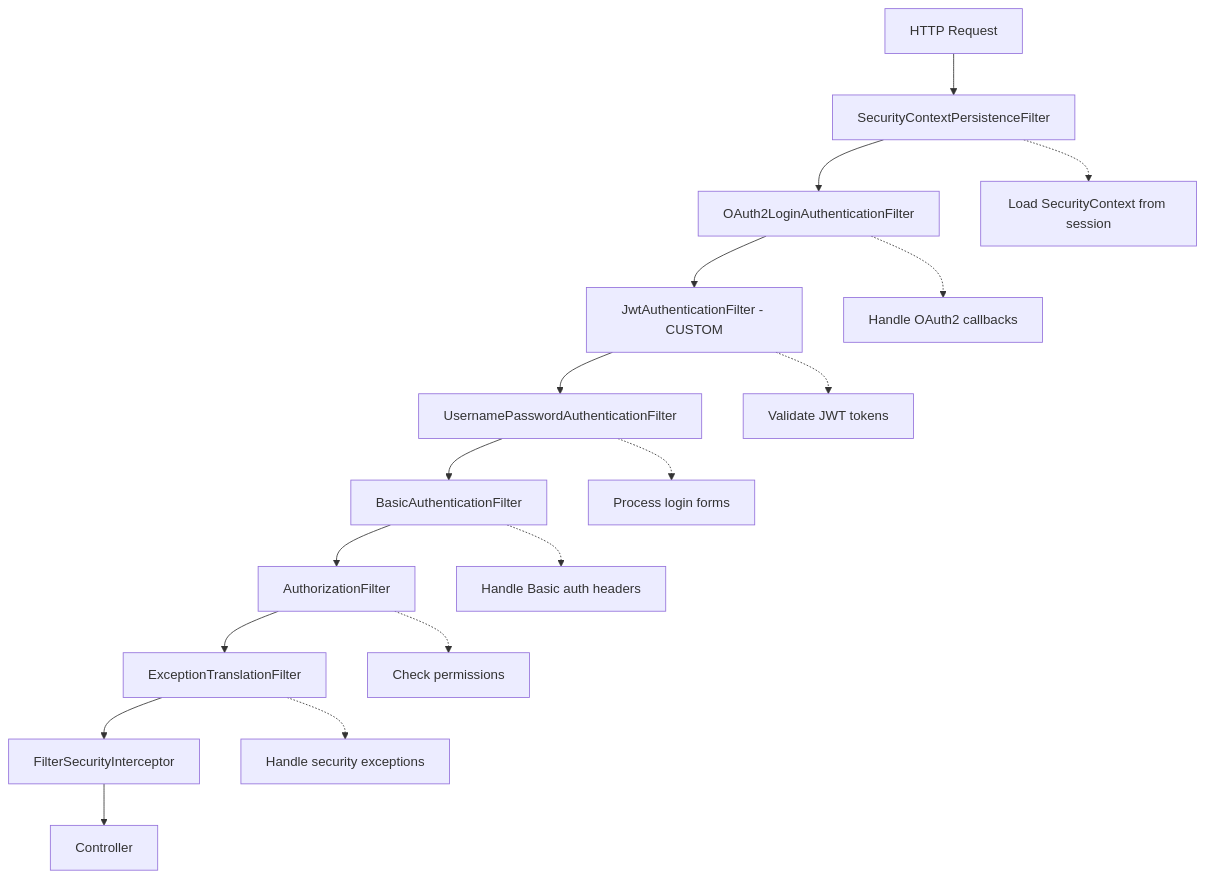
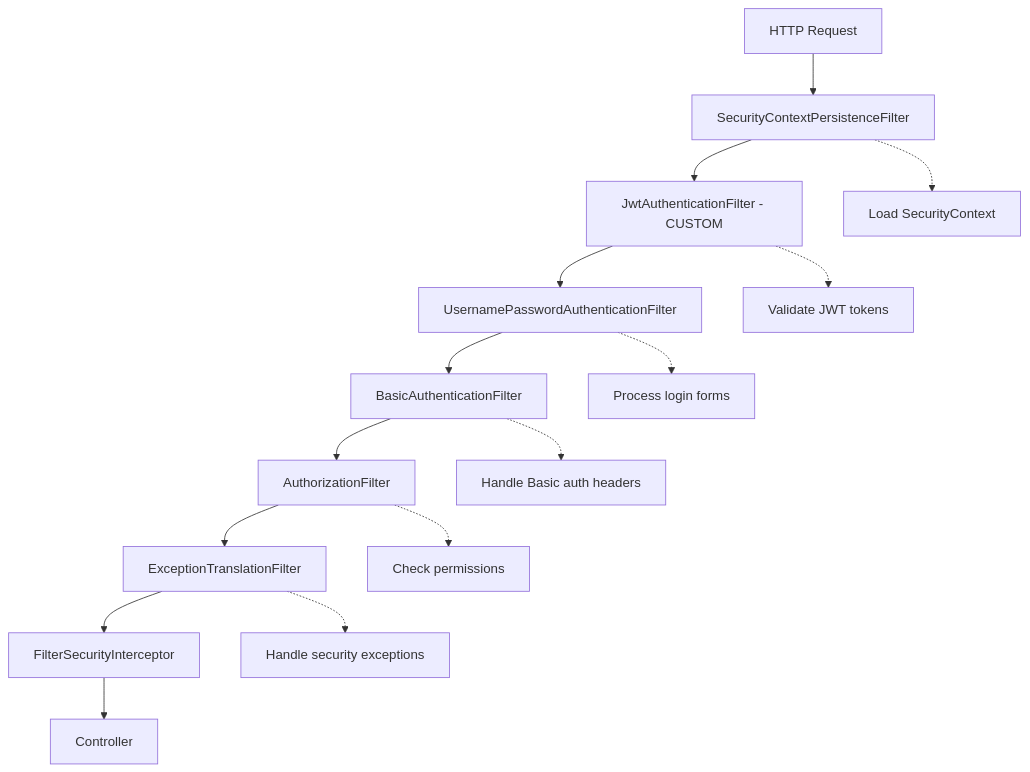
Before and after one commit to nitinkc/spring-security-reference: the first of 3 diagrams in docs/security/filter-chain.md, drawn with Mermaid. The commit also changed other lines of this file and 11 other files, not shown here.

````diff
--- a/docs/security/filter-chain.md
+++ b/docs/security/filter-chain.md
@@ -9,20 +9,18 @@
 ```mermaid
 graph TD
     A[HTTP Request] --> B[SecurityContextPersistenceFilter]
-    B --> C[OAuth2LoginAuthenticationFilter]
-    C --> D[JwtAuthenticationFilter - CUSTOM]
-    D --> E[UsernamePasswordAuthenticationFilter]
-    E --> F[BasicAuthenticationFilter]
-    F --> G[AuthorizationFilter]
-    G --> H[ExceptionTranslationFilter]
-    H --> I[FilterSecurityInterceptor]
-    I --> J[Controller]
+    B --> C[JwtAuthenticationFilter - CUSTOM]
+    C --> D[UsernamePasswordAuthenticationFilter]
+    D --> E[BasicAuthenticationFilter]
+    E --> F[AuthorizationFilter]
+    F --> G[ExceptionTranslationFilter]
+    G --> H[FilterSecurityInterceptor]
+    H --> I[Controller]
     
-    B -.-> K[Load SecurityContext from session]
-    C -.-> L[Handle OAuth2 callbacks]
-    D -.-> M[Validate JWT tokens]
-    E -.-> N[Process login forms]
-    F -.-> O[Handle Basic auth headers]
-    G -.-> P[Check permissions]
-    H -.-> Q[Handle security exceptions]
+    B -.-> J[Load SecurityContext]
+    C -.-> K[Validate JWT tokens]
+    D -.-> L[Process login forms]
+    E -.-> M[Handle Basic auth headers]
+    F -.-> N[Check permissions]
+    G -.-> O[Handle security exceptions]
 ```
````
